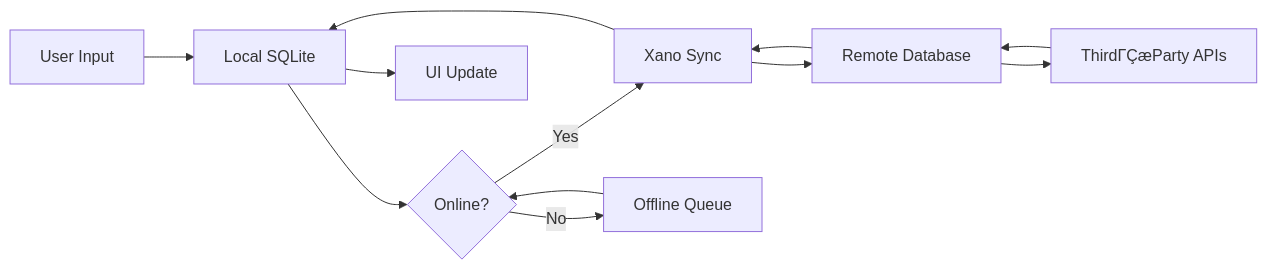
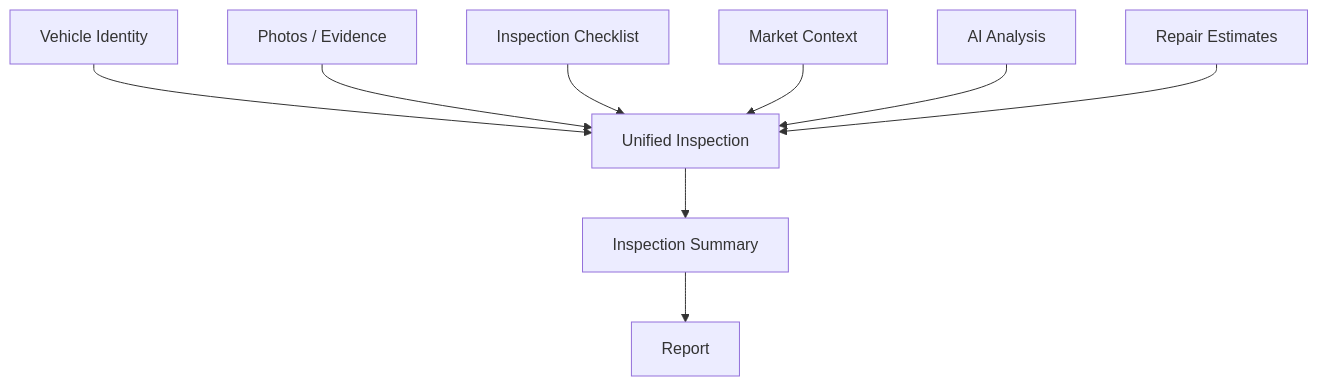
The second of 34 diagrams in README.md (lucylow/ai-used-car-checker), drawn with Mermaid before and after one commit. The commit also changed other lines of this file, not shown here.

````diff
--- a/README.md
+++ b/README.md
@@ -360,14 +203,19 @@
 ```mermaid
-graph LR
-    A[User Input] --> B[Local SQLite]
-    B --> C{Online?}
-    C -->|Yes| D[Xano Sync]
-    D --> E[Remote Database]
-    E --> F[ThirdΓÇæParty APIs]
-    F --> E
-    E --> D
-    D --> B
-    B --> G[UI Update]
-    C -->|No| H[Offline Queue]
-    H --> C
+flowchart TB
+    Vehicle[Vehicle Identity]
+    Evidence[Photos / Evidence]
+    Checklist[Inspection Checklist]
+    Market[Market Context]
+    AI[AI Analysis]
+    Repairs[Repair Estimates]
+
+    Vehicle --> Inspection[Unified Inspection]
+    Evidence --> Inspection
+    Checklist --> Inspection
+    Market --> Inspection
+    AI --> Inspection
+    Repairs --> Inspection
+
+    Inspection --> Summary[Inspection Summary]
+    Summary --> Report[Report]
 ```
````
